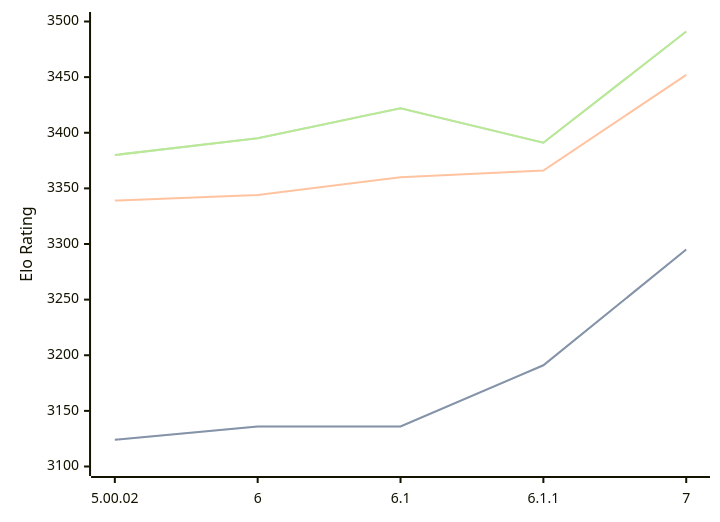
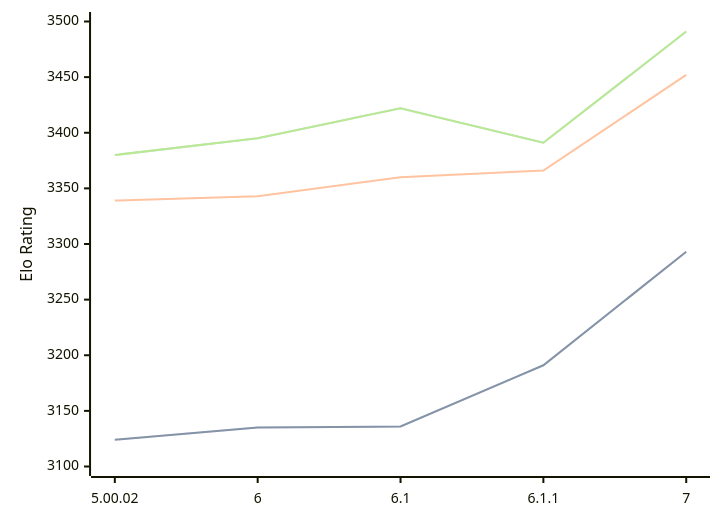
One commit to computer-chess-index/cci changed the diagram in engines/Zangdar.md. Above: the diagram before and after it, drawn with Mermaid. The commit also changed other lines of this file, not shown here.

````diff
--- a/engines/Zangdar.md
+++ b/engines/Zangdar.md
@@ -47,11 +47,11 @@
 ```mermaid
 %%{init: {"theme":"base","themeVariables":{"seriesColors:['#a3a3a3','#222221','#faa371']}}}%%
 xychart-beta
   x-axis ["5.00.02", "6", "6.1", "6.1.1", "7"]
   y-axis "Elo Rating" 3100 --> 3500
-  line "STC (8.0+0.08s)" [3124, 3136, 3136, 3191, 3295]
-  line "STC (8.0+0.08s)" [3124, 3136, 3136, 3191, 3295]
-  line "LTC (60.0+0.60s)" [3339, 3344, 3360, 3366, 3452]
+  line "STC (8.0+0.08s)" [3124, 3135, 3136, 3191, 3293]
+  line "STC (8.0+0.08s)" [3124, 3135, 3136, 3191, 3293]
+  line "LTC (60.0+0.60s)" [3339, 3343, 3360, 3366, 3452]
   line "VLTC (2m24s+1.12s)" [3380, 3395, 3422, 3391, 3491]
   line "VLTC (2m24s+1.12s)" [3380, 3395, 3422, 3391, 3491]
 ```
````
